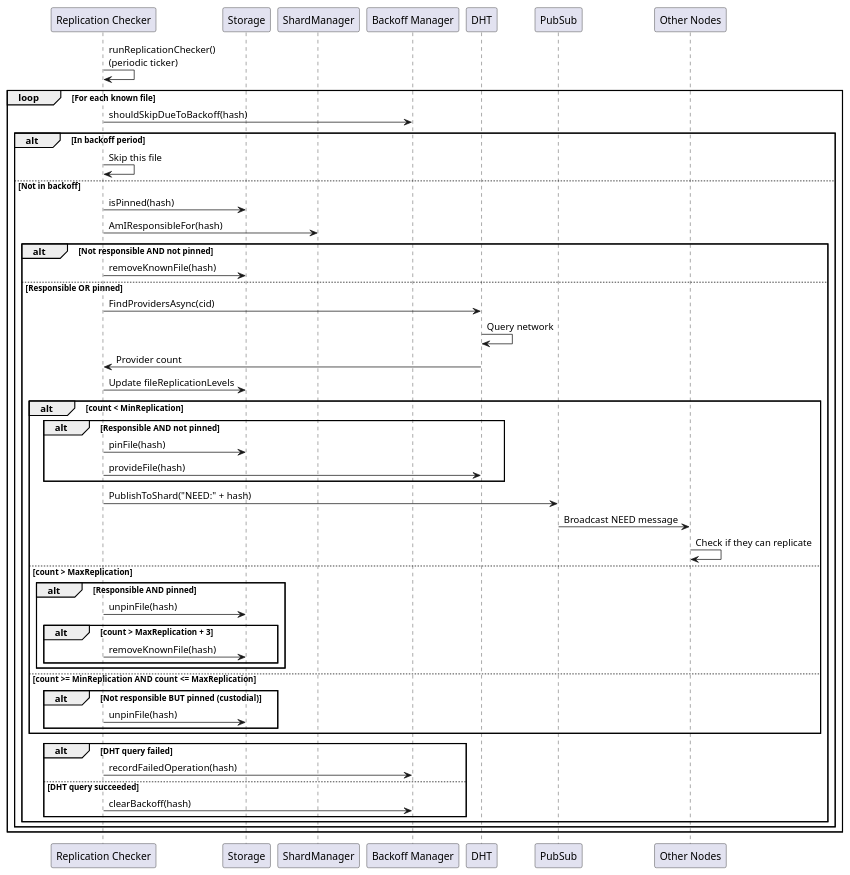
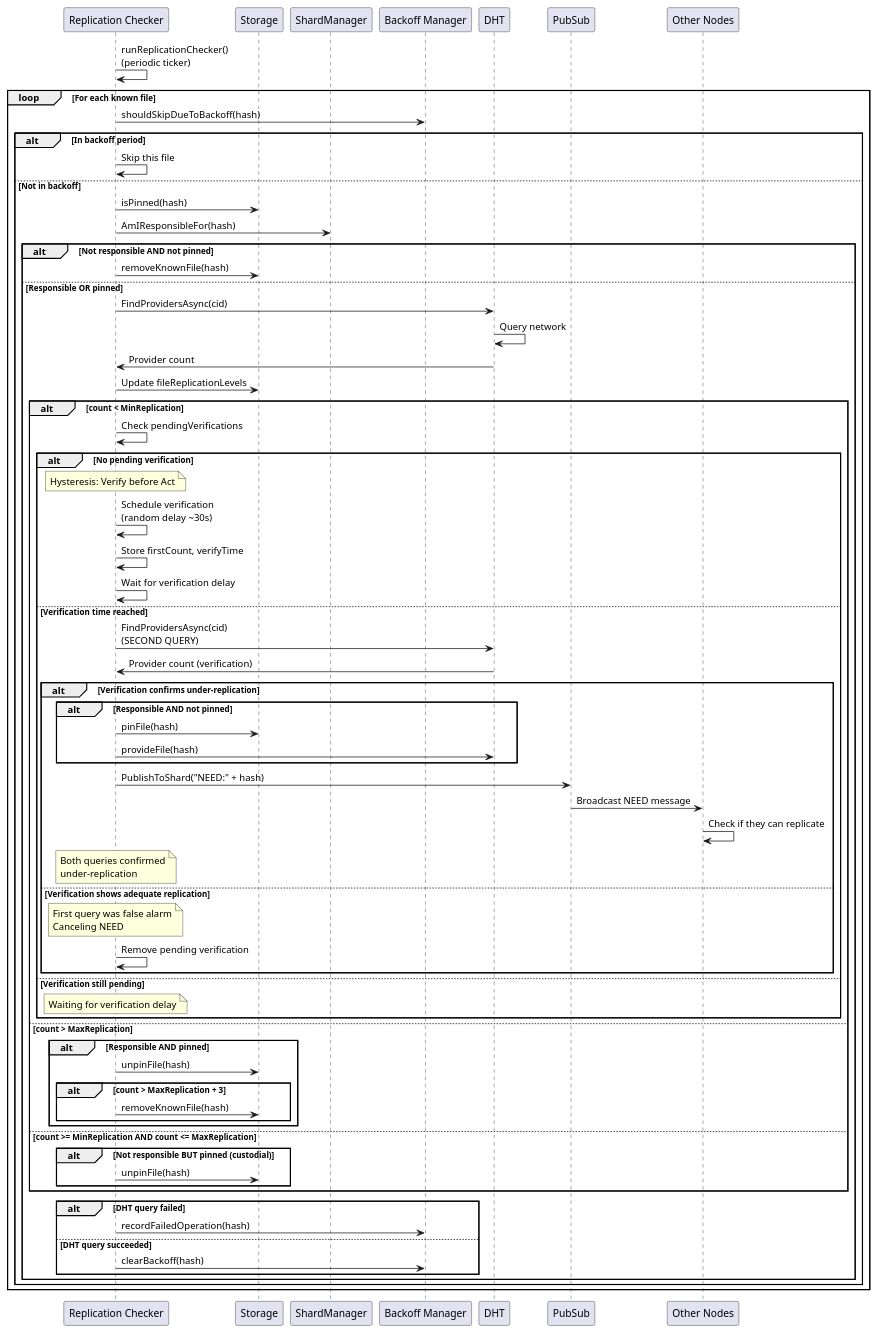
One commit to gipplab/D-LOCKSS changed the diagram in docs/replication_check_sequence.puml. Above: the diagram before and after it, drawn with PlantUML. The commit also changed 18 other files, not shown here.

Commit message:
- added badbits manager - added storage monitor - added replication checker with hysteresis (buffer before action) - added overlap state to shard transitions

```diff
--- a/docs/replication_check_sequence.puml
+++ b/docs/replication_check_sequence.puml
@@ -1,60 +1,78 @@
 @startuml Replication Check Sequence
 
 participant "Replication Checker" as ReplChecker
 participant "Storage" as Storage
 participant "ShardManager" as ShardMgr
 participant "Backoff Manager" as Backoff
 participant "DHT" as DHT
 participant "PubSub" as PubSub
 participant "Other Nodes" as Nodes
 
 ReplChecker -> ReplChecker: runReplicationChecker()\n(periodic ticker)
 
 loop For each known file
     ReplChecker -> Backoff: shouldSkipDueToBackoff(hash)
     alt In backoff period
         ReplChecker -> ReplChecker: Skip this file
     else Not in backoff
         ReplChecker -> Storage: isPinned(hash)
         ReplChecker -> ShardMgr: AmIResponsibleFor(hash)
         
         alt Not responsible AND not pinned
             ReplChecker -> Storage: removeKnownFile(hash)
         else Responsible OR pinned
             ReplChecker -> DHT: FindProvidersAsync(cid)
             DHT -> DHT: Query network
             DHT -> ReplChecker: Provider count
             
             ReplChecker -> Storage: Update fileReplicationLevels
             
             alt count < MinReplication
-                alt Responsible AND not pinned
-                    ReplChecker -> Storage: pinFile(hash)
-                    ReplChecker -> DHT: provideFile(hash)
+                ReplChecker -> ReplChecker: Check pendingVerifications
+                alt No pending verification
+                    Note over ReplChecker: Hysteresis: Verify before Act
+                    ReplChecker -> ReplChecker: Schedule verification\n(random delay ~30s)
+                    ReplChecker -> ReplChecker: Store firstCount, verifyTime
+                    ReplChecker -> ReplChecker: Wait for verification delay
+                else Verification time reached
+                    ReplChecker -> DHT: FindProvidersAsync(cid)\n(SECOND QUERY)
+                    DHT -> ReplChecker: Provider count (verification)
+                    alt Verification confirms under-replication
+                        alt Responsible AND not pinned
+                            ReplChecker -> Storage: pinFile(hash)
+                            ReplChecker -> DHT: provideFile(hash)
+                        end
+                        ReplChecker -> PubSub: PublishToShard("NEED:" + hash)
+                        PubSub -> Nodes: Broadcast NEED message
+                        Nodes -> Nodes: Check if they can replicate
+                        Note over ReplChecker: Both queries confirmed\nunder-replication
+                    else Verification shows adequate replication
+                        Note over ReplChecker: First query was false alarm\nCanceling NEED
+                        ReplChecker -> ReplChecker: Remove pending verification
+                    end
+                else Verification still pending
+                    Note over ReplChecker: Waiting for verification delay
                 end
-                ReplChecker -> PubSub: PublishToShard("NEED:" + hash)
-                PubSub -> Nodes: Broadcast NEED message
-                Nodes -> Nodes: Check if they can replicate
             else count > MaxReplication
                 alt Responsible AND pinned
                     ReplChecker -> Storage: unpinFile(hash)
                     alt count > MaxReplication + 3
                         ReplChecker -> Storage: removeKnownFile(hash)
                     end
                 end
             else count >= MinReplication AND count <= MaxReplication
                 alt Not responsible BUT pinned (custodial)
                     ReplChecker -> Storage: unpinFile(hash)
                 end
             end
             
             alt DHT query failed
                 ReplChecker -> Backoff: recordFailedOperation(hash)
             else DHT query succeeded
                 ReplChecker -> Backoff: clearBackoff(hash)
             end
         end
     end
 end
 
 @enduml
```
